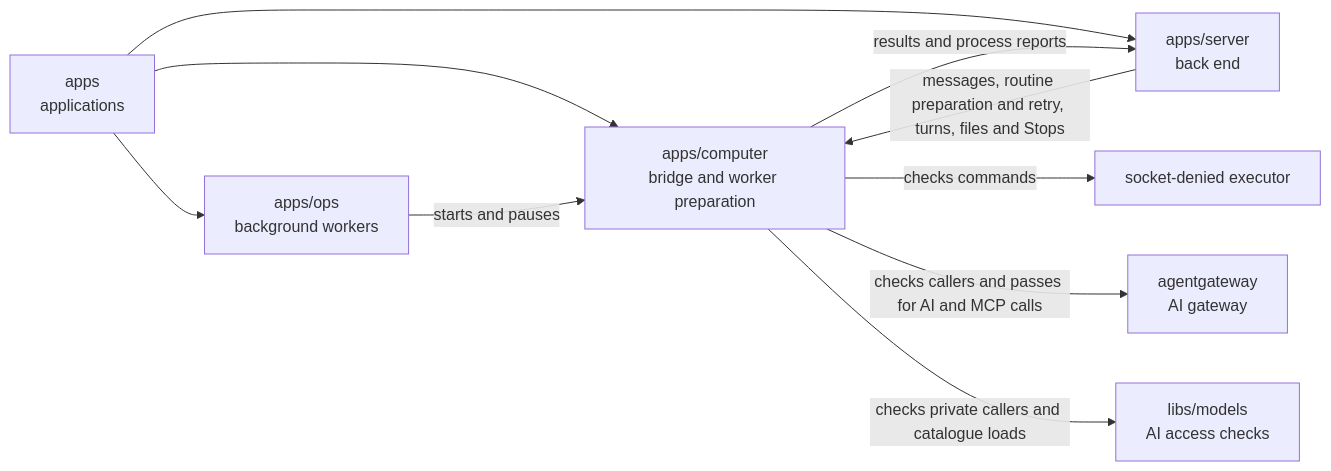
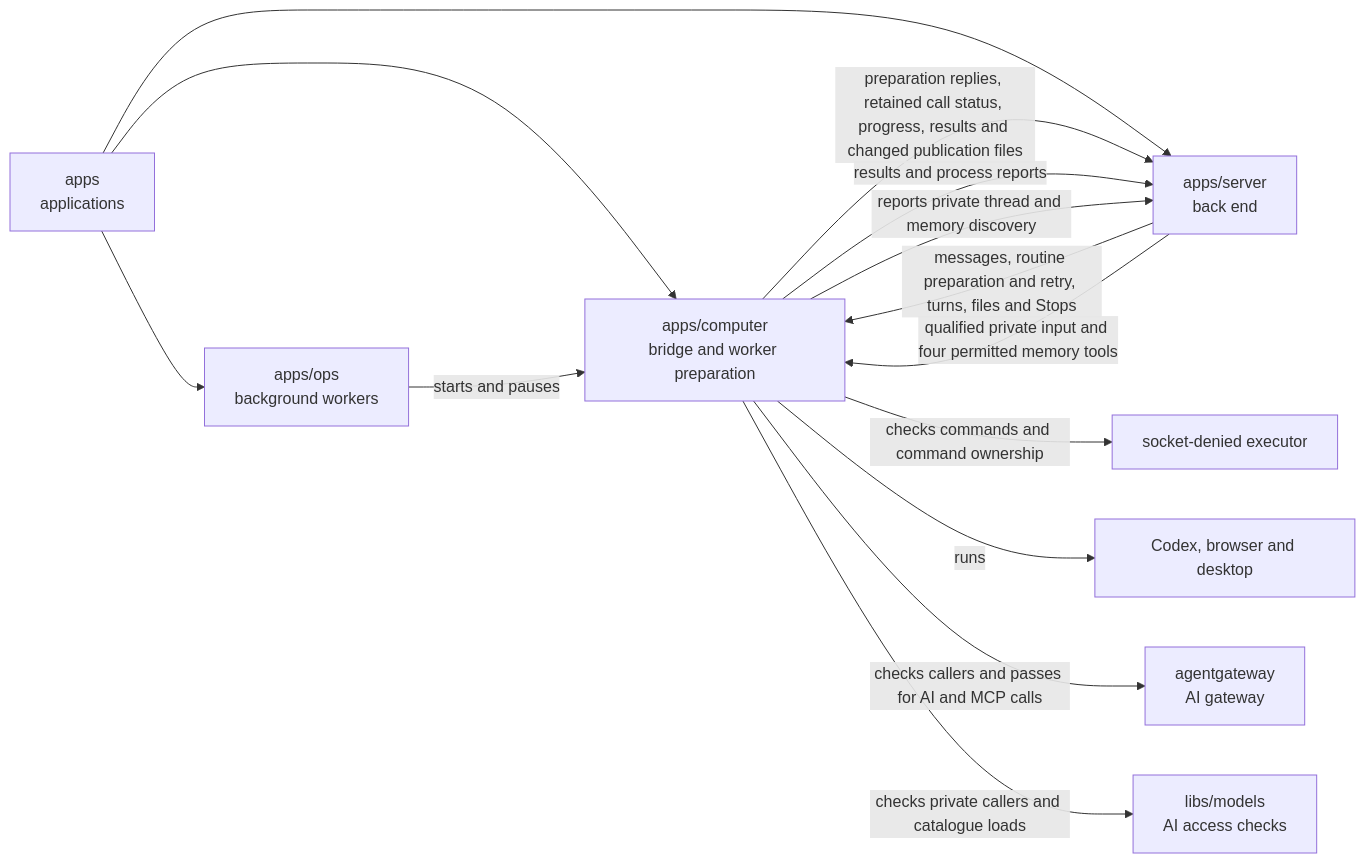
Before and after one commit to elewa-git/opencrane-new: the diagram in apps/computer/README.md, drawn with Mermaid. The commit also changed other lines of this file and 25 other files, not shown here.

Commit message:
🔒 Keep original Ask call private for live status

````diff
--- a/apps/computer/README.md
+++ b/apps/computer/README.md
@@ -16,12 +16,16 @@
 ```mermaid
 flowchart LR
   apps["apps<br/>applications"] --> computer["apps/computer<br/>bridge and worker preparation"]
   apps --> ops["apps/ops<br/>background workers"]
   apps --> server["apps/server<br/>back end"]
   ops -->|starts and pauses| computer
   server -->|messages, routine preparation and retry, turns, files and Stops| computer
+  computer -->|preparation replies, retained call status, progress, results and changed publication files| server
   computer -->|results and process reports| server
-  computer -->|checks commands| executor["socket-denied executor"]
+  server -->|qualified private input and four permitted memory tools| computer
+  computer -->|reports private thread and memory discovery| server
+  computer -->|checks commands and command ownership| executor["socket-denied executor"]
+  computer -->|runs| desktop["Codex, browser and desktop"]
   computer -->|checks callers and passes for AI and MCP calls| gateway["agentgateway<br/>AI gateway"]
   computer -->|checks private callers and catalogue loads| models["libs/models<br/>AI access checks"]
 ```
````
